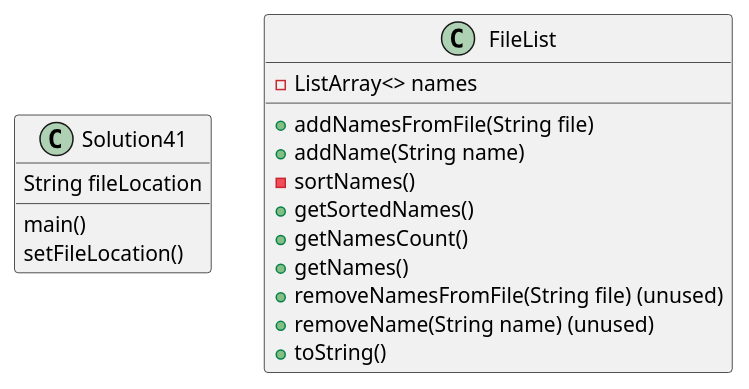
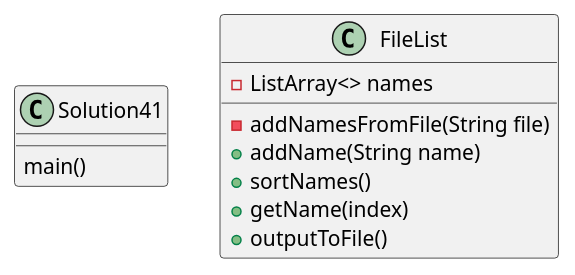
The diagram in exercise41/docs/Solution41 UML.puml (Perry-codes/perry-a04), drawn with PlantUML before and after one commit. The commit also changed 18 other files, not shown here.

```diff
--- a/exercise41/docs/Solution41 UML.puml
+++ b/exercise41/docs/Solution41 UML.puml
@@ -1,25 +1,19 @@
 @startuml
 'https://plantuml.com/class-diagram
 
 class Solution41{
-String fileLocation
 main()
-setFileLocation()
 }
 
 class FileList {
 -ListArray<> names
-+addNamesFromFile(String file)
+-addNamesFromFile(String file)
 +addName(String name)
--sortNames()
-+getSortedNames()
-+getNamesCount()
-+getNames()
-+removeNamesFromFile(String file) (unused)
-+removeName(String name) (unused)
-+toString()
++sortNames()
++getName(index)
++outputToFile()
 
 }
 
 
 @enduml
```
